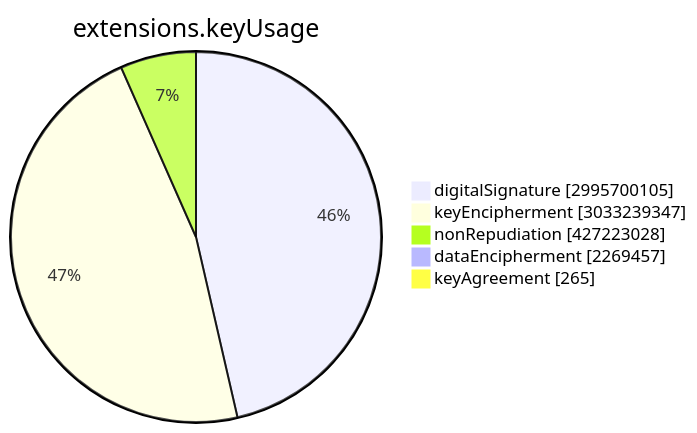
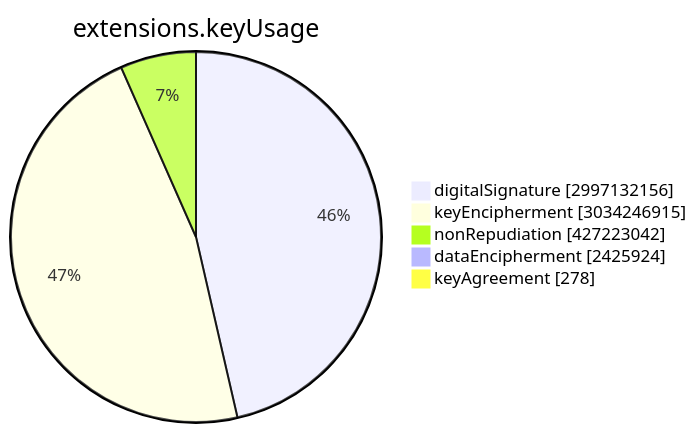
The sixth of 15 diagrams in TOTAL/README.md (christiankrug/ctmonitor_visualization), drawn with Mermaid before and after one commit. The commit also changed other lines of this file, not shown here.

````diff
--- a/TOTAL/README.md
+++ b/TOTAL/README.md
@@ -3071,9 +3071,9 @@
 ```mermaid
 pie showData
 title extensions.keyUsage
-"digitalSignature" :2995700105
-"keyEncipherment" :3033239347
-"nonRepudiation" :427223028
-"dataEncipherment" :2269457
-"keyAgreement" :265
+"digitalSignature" :2997132156
+"keyEncipherment" :3034246915
+"nonRepudiation" :427223042
+"dataEncipherment" :2425924
+"keyAgreement" :278
 ```
````
